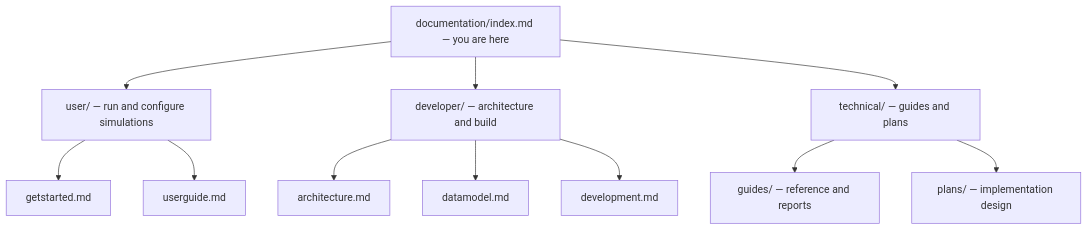
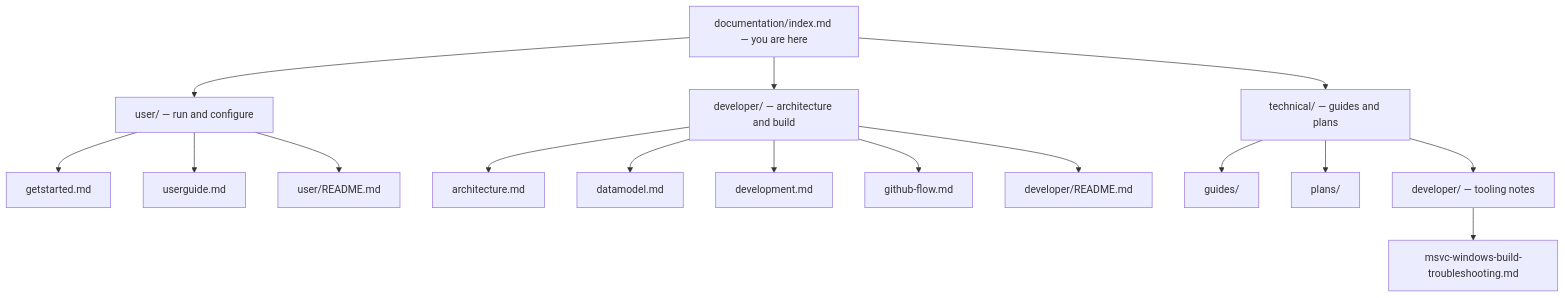
Before and after one commit to imperialCHEPI/healthgps: the diagram in documentation/index.md, drawn with Mermaid. The commit also changed other lines of this file and 23 other files, not shown here.

````diff
--- a/documentation/index.md
+++ b/documentation/index.md
@@ -123,17 +123,22 @@
 ```mermaid
 flowchart TB
     HOME[documentation/index.md — you are here]
-    HOME --> USER[user/ — run and configure simulations]
+    HOME --> USER[user/ — run and configure]
     HOME --> DEV[developer/ — architecture and build]
     HOME --> TECH[technical/ — guides and plans]
 
     USER --> GS[getstarted.md]
     USER --> UG[userguide.md]
+    USER --> UIDX[user/README.md]
 
     DEV --> ARCH[architecture.md]
     DEV --> DM[datamodel.md]
     DEV --> DV[development.md]
+    DEV --> GH[github-flow.md]
+    DEV --> DIDX[developer/README.md]
 
-    TECH --> GUIDE[guides/ — reference and reports]
-    TECH --> PLAN[plans/ — implementation design]
+    TECH --> GUIDE[guides/]
+    TECH --> PLAN[plans/]
+    TECH --> TDEV[developer/ — tooling notes]
+    TDEV --> MSVC[msvc-windows-build-troubleshooting.md]
 ```
````
